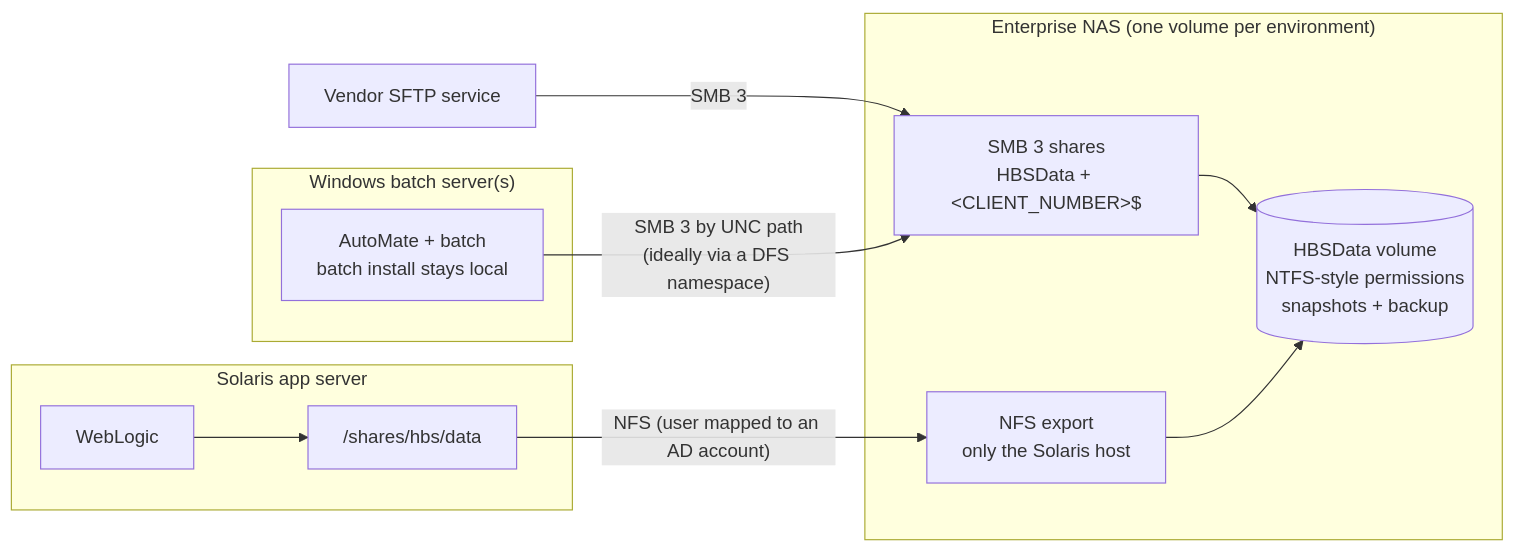
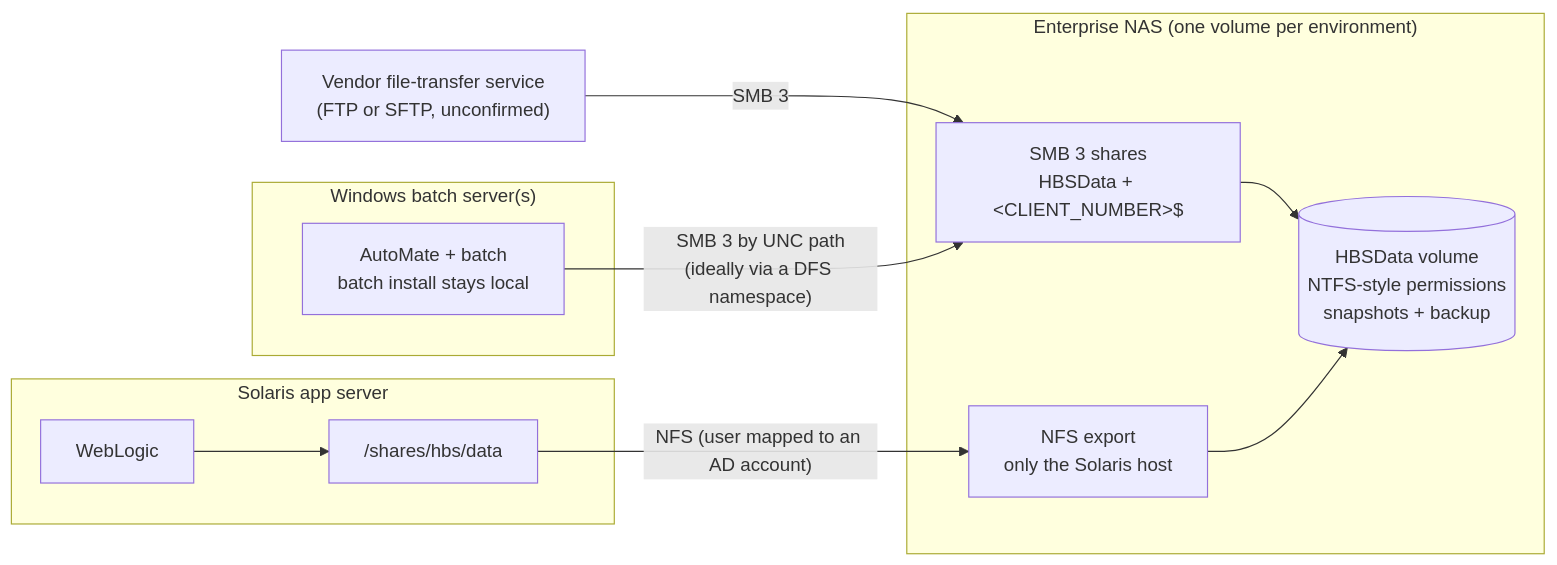
The diagram in docs/smbfs-option-nas.md (bcgov/nr-hbs), drawn with Mermaid before and after one commit. The commit also changed other lines of this file and 31 other files, not shown here.

````diff
--- a/docs/smbfs-option-nas.md
+++ b/docs/smbfs-option-nas.md
@@ -23,19 +23,19 @@
 ```mermaid
 flowchart LR
   subgraph NAS["Enterprise NAS (one volume per environment)"]
     VOL[("HBSData volume<br/>NTFS-style permissions<br/>snapshots + backup")]
     SMB["SMB 3 shares<br/>HBSData + &lt;CLIENT_NUMBER&gt;$"]
     NFS["NFS export<br/>only the Solaris host"]
     SMB --> VOL
     NFS --> VOL
   end
   subgraph SOL["Solaris app server"]
     WL["WebLogic"] --> M1["/shares/hbs/data"]
   end
   subgraph WIN["Windows batch server(s)"]
     AM["AutoMate + batch<br/>batch install stays local"]
   end
-  SFTP["Vendor SFTP service"] -- "SMB 3" --> SMB
+  XFER["Vendor file-transfer service<br/>(FTP or SFTP, unconfirmed)"] -- "SMB 3" --> SMB
   M1 -- "NFS (user mapped to an AD account)" --> NFS
   AM -- "SMB 3 by UNC path<br/>(ideally via a DFS namespace)" --> SMB
 ```
````
